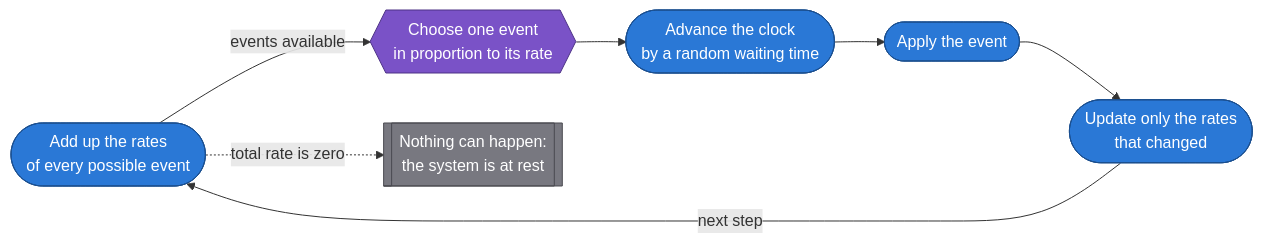
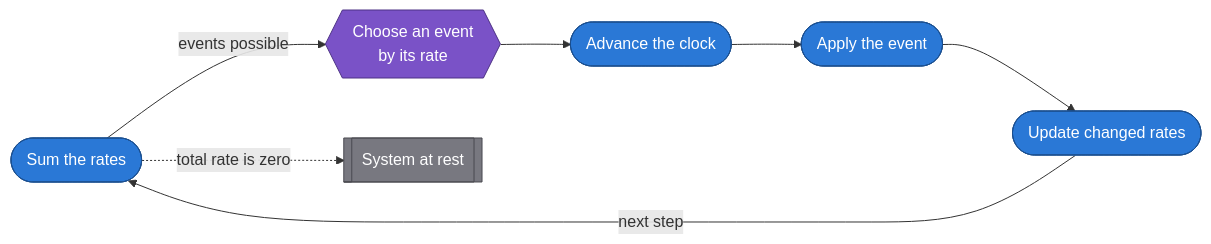
One commit to vzordillo/okrates changed the second of 2 diagrams in README.md. Above: the diagram before and after it, drawn with Mermaid. The commit also changed other lines of this file, not shown here.

Commit message:
README: test cases with sources and procedures; roomier diagrams

````diff
--- a/README.md
+++ b/README.md
@@ -89,18 +78,19 @@
 ```mermaid
+%%{init: {"flowchart": {"nodeSpacing": 60, "rankSpacing": 70, "padding": 20}}}%%
 flowchart LR
-    total(["Add up the rates<br>of every possible event"])
-    choose{{"Choose one event<br>in proportion to its rate"}}
-    time(["Advance the clock<br>by a random waiting time"])
+    total(["Sum the rates"])
+    choose{{"Choose an event<br>by its rate"}}
+    time(["Advance the clock"])
     apply(["Apply the event"])
-    refresh(["Update only the rates<br>that changed"])
-    stop[["Nothing can happen:<br>the system is at rest"]]
-    total -->|"events available"| choose --> time --> apply --> refresh
+    refresh(["Update changed rates"])
+    stop[["System at rest"]]
+    total -->|"events possible"| choose --> time --> apply --> refresh
     refresh -->|"next step"| total
     total -.->|"total rate is zero"| stop
     classDef step fill:#2a78d6,stroke:#1b4f8f,color:#ffffff
     classDef key fill:#7a52c7,stroke:#4d3285,color:#ffffff
     classDef rest fill:#787880,stroke:#4a4a50,color:#ffffff
     class total,time,apply,refresh step
     class choose key
     class stop rest
 ```
````
